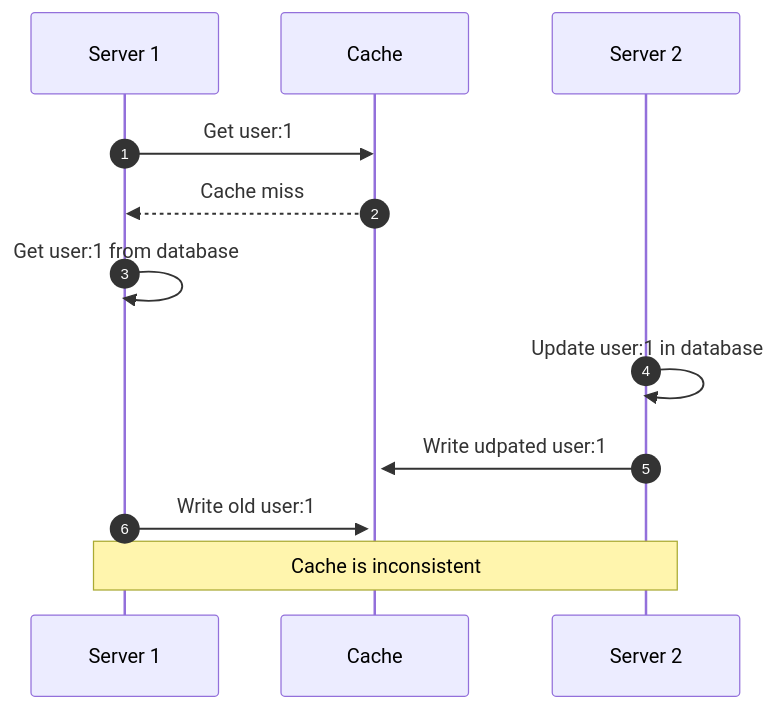
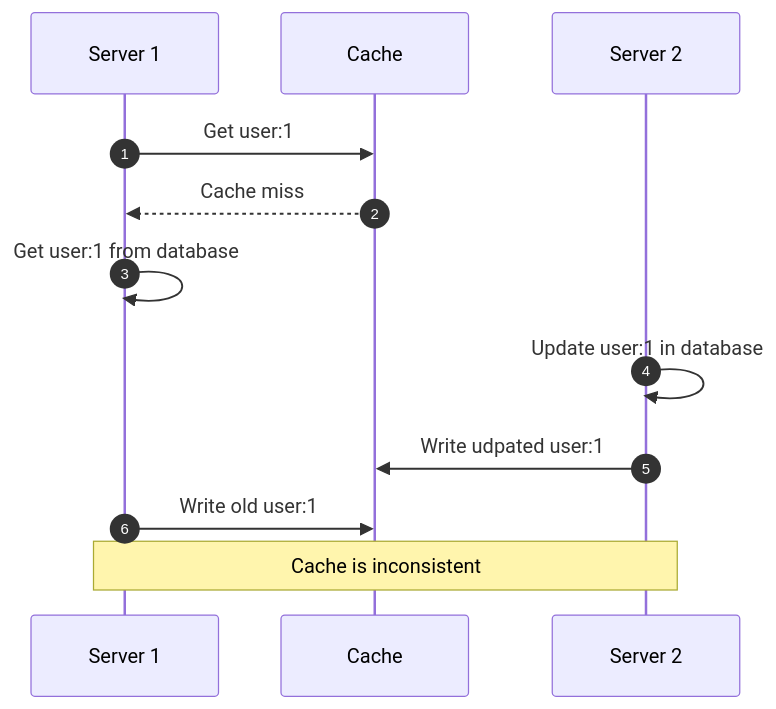
Before and after one commit to skylinejs/skyline: the first of 2 diagrams in apps/docs/docs/caching.md, drawn with Mermaid. The commit also changed other lines of this file, not shown here.

````diff
--- a/apps/docs/docs/caching.md
+++ b/apps/docs/docs/caching.md
@@ -17,21 +17,21 @@
 ```mermaid
 sequenceDiagram
     autonumber
 
     participant Server 1
     participant Cache
     participant Server 2
 
     Server 1->> Cache: Get user:1
     Cache -->> Server 1: Cache miss
     Server 1->> Server 1: Get user:1 from database
 
     Server 2->> Server 2: Update user:1 in database
-    Server 2 ->>+Cache: Write udpated user:1
+    Server 2 ->> Cache: Write udpated user:1
 
     Server 1 ->> Cache: Write old user:1
 
     Note over Server 1,Server 2: Cache is inconsistent
 
 
 ```
````
